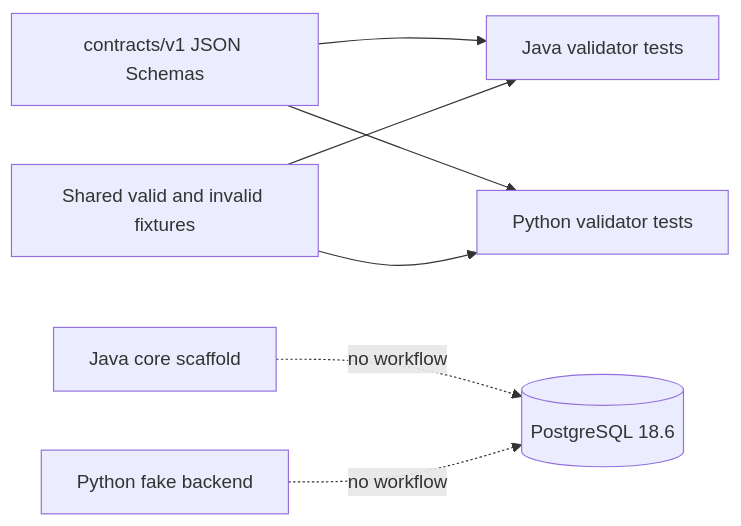
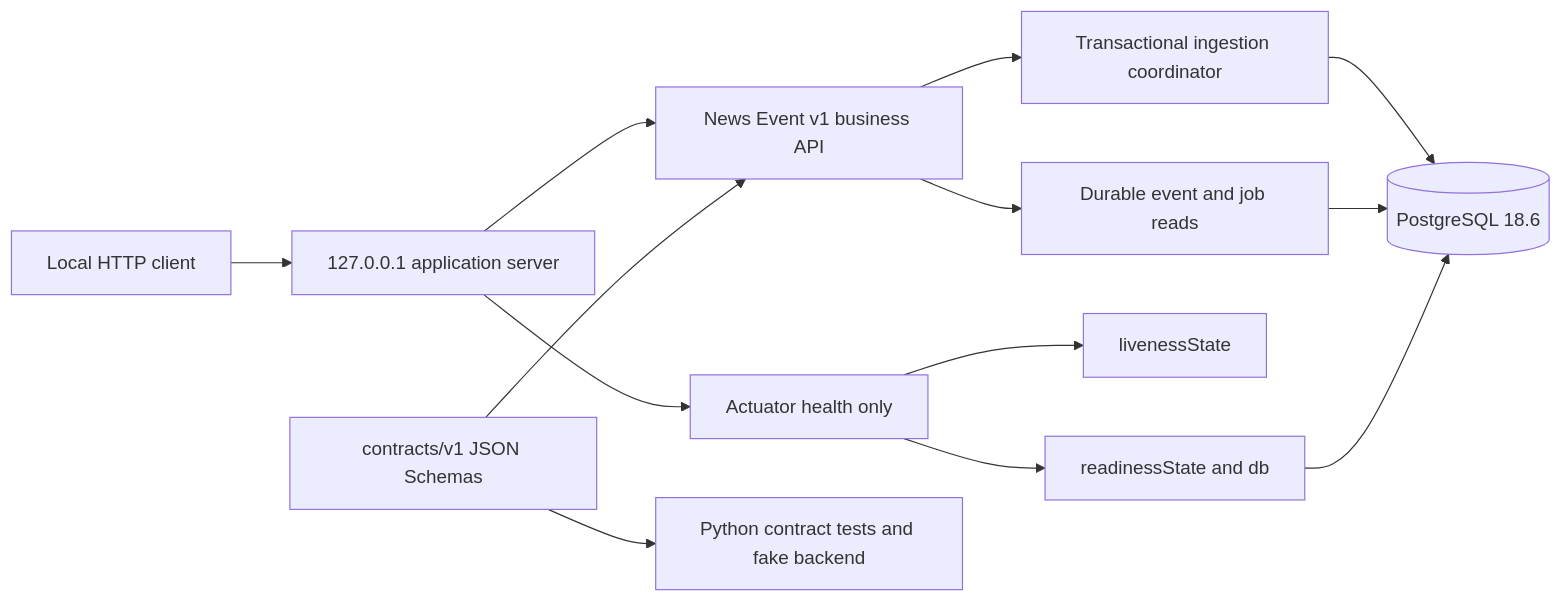
Before and after one commit to Flev05/news-swing-trader: the diagram in docs/architecture.md, drawn with Mermaid. The commit also changed other lines of this file and 10 other files, not shown here.

Commit message:
feat: add local health probes and durable restart coverage

````diff
--- a/docs/architecture.md
+++ b/docs/architecture.md
@@ -7,9 +8,15 @@
 ```mermaid
 flowchart LR
-    Schemas[contracts/v1 JSON Schemas] --> Java[Java validator tests]
-    Schemas --> Python[Python validator tests]
-    Corpus[Shared valid and invalid fixtures] --> Java
-    Corpus --> Python
-    Core[Java core scaffold] -. no workflow .-> Db[(PostgreSQL 18.6)]
-    Worker[Python fake backend] -. no workflow .-> Db
+    Client[Local HTTP client] --> Server[127.0.0.1 application server]
+    Server --> API[News Event v1 business API]
+    API --> Coordinator[Transactional ingestion coordinator]
+    Coordinator --> DB[(PostgreSQL 18.6)]
+    API --> Reads[Durable event and job reads]
+    Reads --> DB
+    Server --> Health[Actuator health only]
+    Health --> Live[livenessState]
+    Health --> Ready[readinessState and db]
+    Ready --> DB
+    Contracts[contracts/v1 JSON Schemas] --> API
+    Contracts --> Python[Python contract tests and fake backend]
 ```
````
